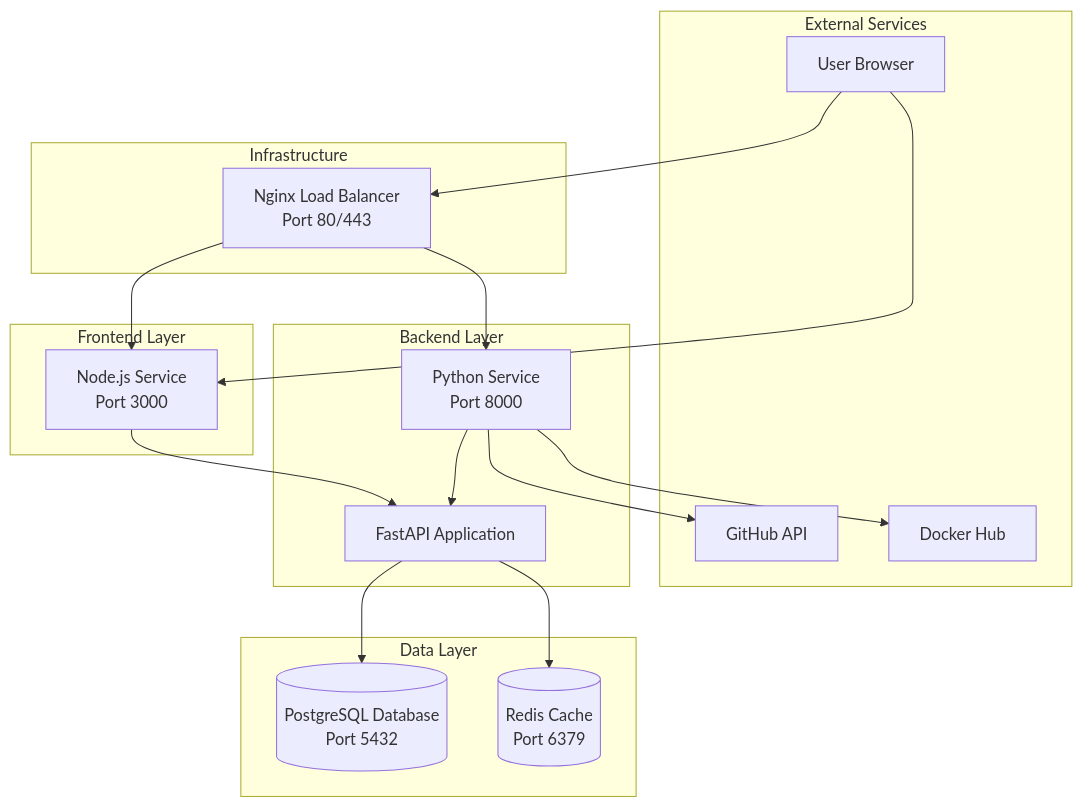
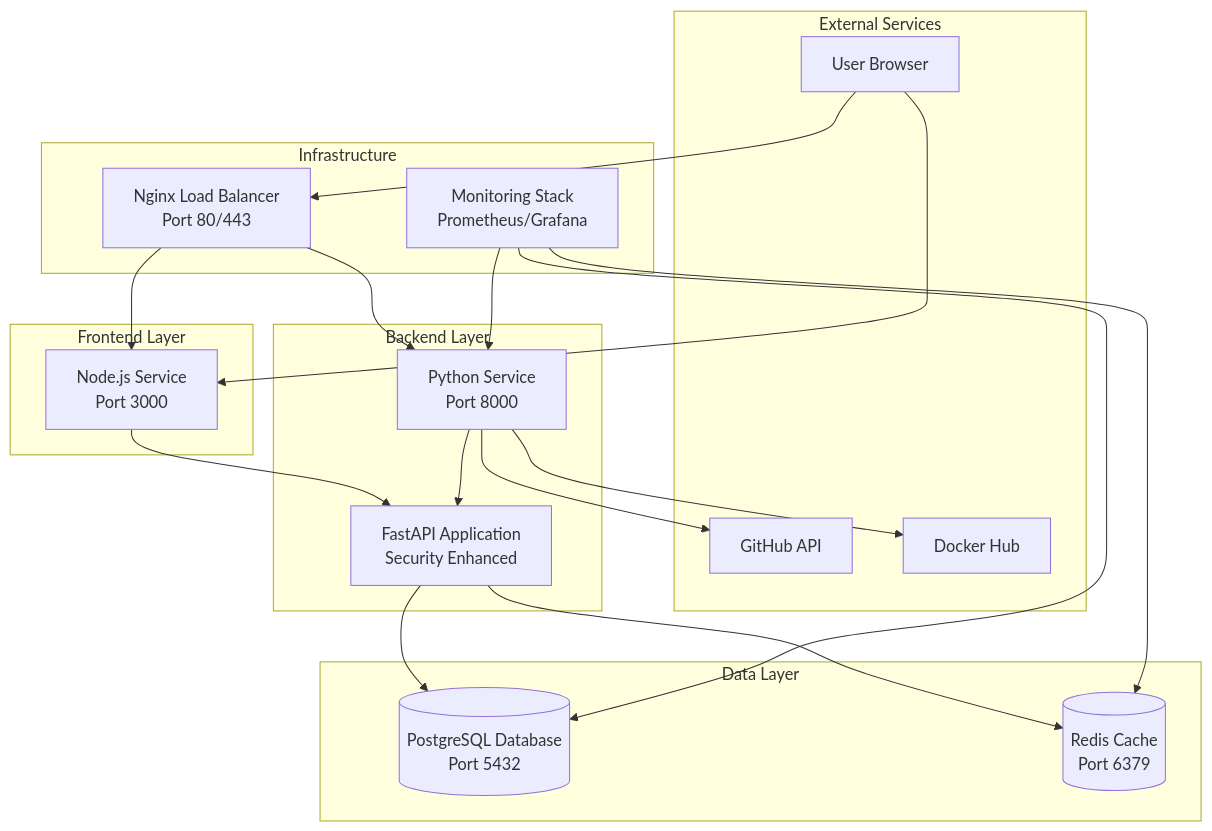
One commit to DeanLuus22021994/docker_dotfiles changed the diagram in docs/architecture.md. Above: the diagram before and after it, drawn with Mermaid. The commit also changed other lines of this file and 32 other files, not shown here.

````diff
--- a/docs/architecture.md
+++ b/docs/architecture.md
@@ -7,37 +7,41 @@
 ```mermaid
 graph TB
     subgraph "External Services"
         User[User Browser]
         GitHub[GitHub API]
         Docker[Docker Hub]
     end
 
     subgraph "Frontend Layer"
         Node[Node.js Service<br/>Port 3000]
     end
 
     subgraph "Backend Layer"
         Python[Python Service<br/>Port 8000]
-        API[FastAPI Application]
+        API[FastAPI Application<br/>Security Enhanced]
     end
 
     subgraph "Data Layer"
         PostgreSQL[(PostgreSQL Database<br/>Port 5432)]
         Redis[(Redis Cache<br/>Port 6379)]
     end
 
     subgraph "Infrastructure"
         LoadBalancer[Nginx Load Balancer<br/>Port 80/443]
+        Observability[Monitoring Stack<br/>Prometheus/Grafana]
     end
 
     User --> Node
     User --> LoadBalancer
     LoadBalancer --> Node
     LoadBalancer --> Python
     Node --> API
     Python --> API
     API --> PostgreSQL
     API --> Redis
     Python --> GitHub
     Python --> Docker
+    Observability --> PostgreSQL
+    Observability --> Redis
+    Observability --> Python
 ```
````
